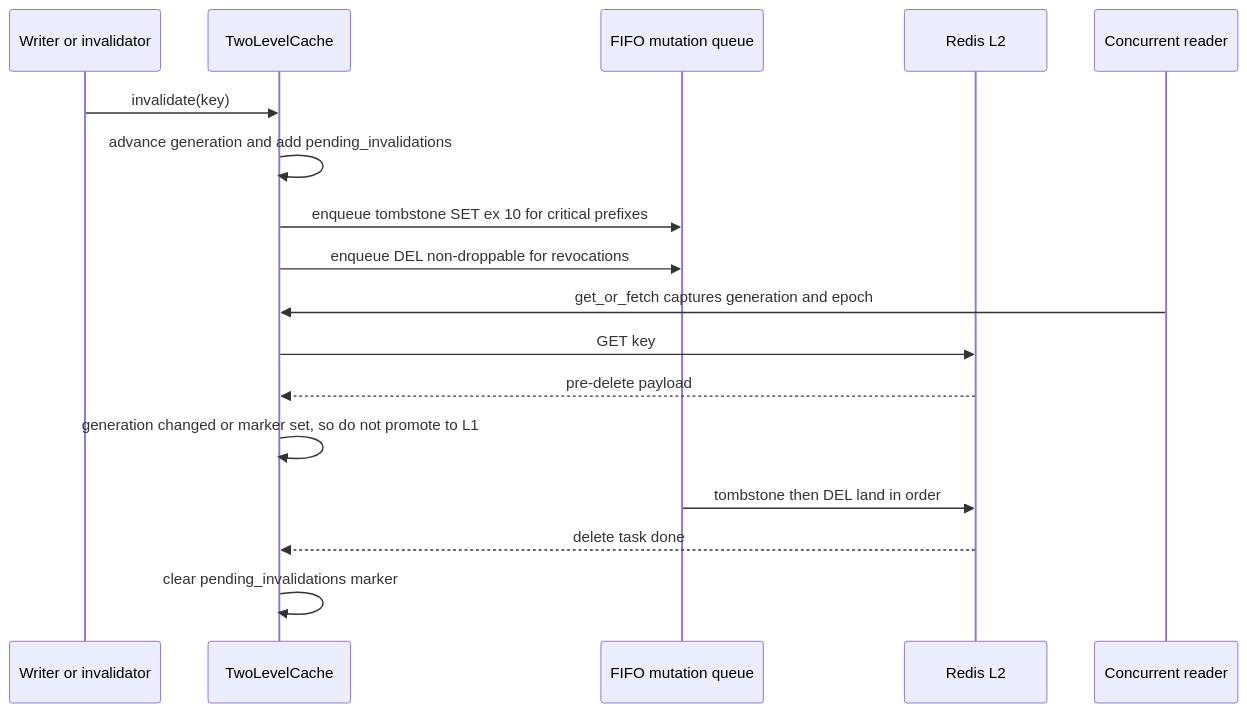
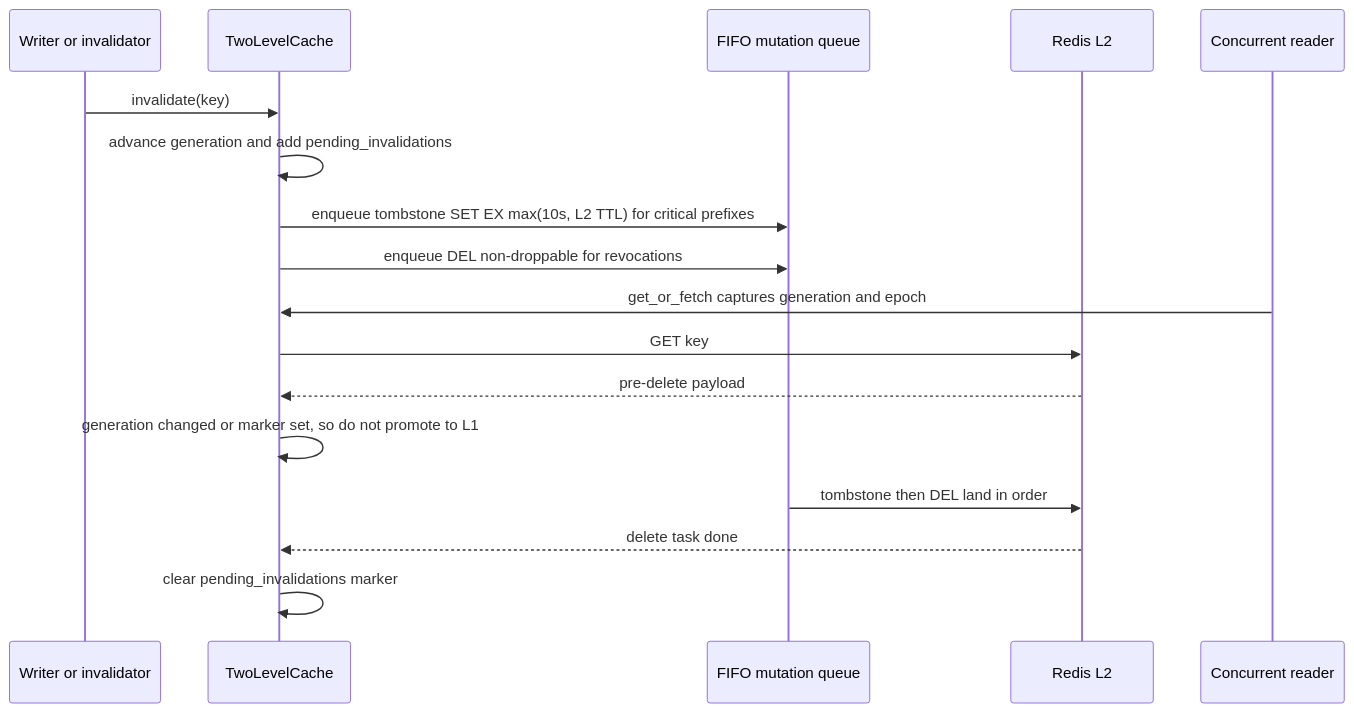
The second of 3 diagrams in docs/flows/cache.md (D1ZZY4/tcbot), drawn with Mermaid before and after one commit. The commit also changed other lines of this file and 14 other files, not shown here.

````diff
--- a/docs/flows/cache.md
+++ b/docs/flows/cache.md
@@ -79,19 +80,19 @@
 ```mermaid
 sequenceDiagram
     participant W as Writer or invalidator
     participant C as TwoLevelCache
     participant Q as FIFO mutation queue
     participant R as Redis L2
     participant G as Concurrent reader
     W->>C: invalidate(key)
     C->>C: advance generation and add pending_invalidations
-    C->>Q: enqueue tombstone SET ex 10 for critical prefixes
+    C->>Q: enqueue tombstone SET EX max(10s, L2 TTL) for critical prefixes
     C->>Q: enqueue DEL non-droppable for revocations
     G->>C: get_or_fetch captures generation and epoch
     C->>R: GET key
     R-->>C: pre-delete payload
     C->>C: generation changed or marker set, so do not promote to L1
     Q->>R: tombstone then DEL land in order
     R-->>C: delete task done
     C->>C: clear pending_invalidations marker
 ```
````
